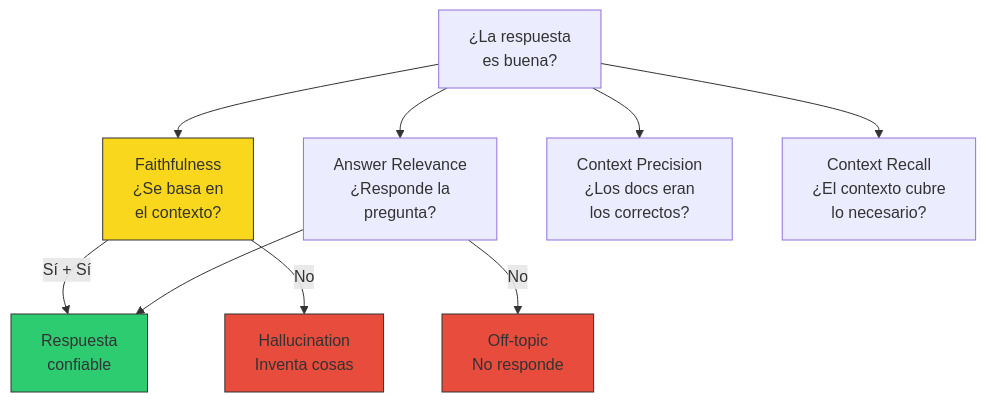
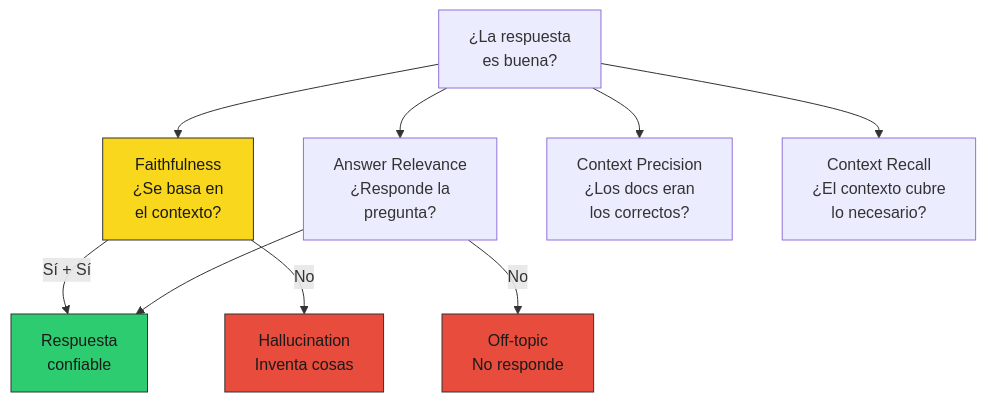
One commit to Alonsomar/estudio-personal changed the first of 7 diagrams in 01-evals/theory/06-metricas-generacion.md. Above: the diagram before and after it, drawn with Mermaid. The commit also changed other lines of this file and 20 other files, not shown here.

First line of the commit message:
fix(docs): texto oscuro en nodos Mermaid para legibilidad en modo oscuro

````diff
--- a/01-evals/theory/06-metricas-generacion.md
+++ b/01-evals/theory/06-metricas-generacion.md
@@ -24,18 +24,18 @@
 ```mermaid
 graph TD
     Q["¿La respuesta<br/>es buena?"] --> F["Faithfulness<br/>¿Se basa en<br/>el contexto?"]
     Q --> AR["Answer Relevance<br/>¿Responde la<br/>pregunta?"]
     Q --> CP["Context Precision<br/>¿Los docs eran<br/>los correctos?"]
     Q --> CR["Context Recall<br/>¿El contexto cubre<br/>lo necesario?"]
 
     F --> |"Sí + Sí"| GOOD["Respuesta<br/>confiable"]
     AR --> GOOD
 
     F --> |"No"| BAD1["Hallucination<br/>Inventa cosas"]
     AR --> |"No"| BAD2["Off-topic<br/>No responde"]
 
-    style F fill:#f9d71c,stroke:#333
-    style GOOD fill:#2ecc71,stroke:#333
-    style BAD1 fill:#e74c3c,stroke:#333
-    style BAD2 fill:#e74c3c,stroke:#333
+    style F fill:#f9d71c,stroke:#333,color:#1a1a1a
+    style GOOD fill:#2ecc71,stroke:#333,color:#1a1a1a
+    style BAD1 fill:#e74c3c,stroke:#333,color:#1a1a1a
+    style BAD2 fill:#e74c3c,stroke:#333,color:#1a1a1a
 ```
````
